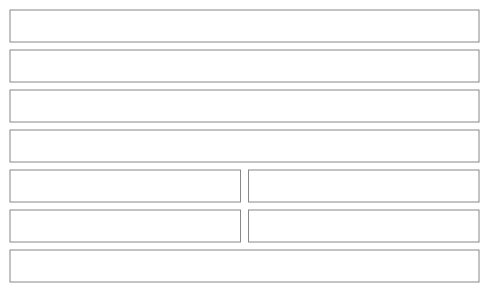
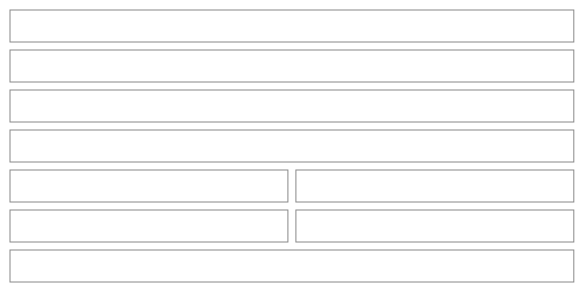
One commit to NovaMoonX/moondreams-dev-apps changed the sixth of 54 diagrams in src/apps/pinch/UX.md. Above: the diagram before and after it, drawn with Mermaid. The commit also changed other lines of this file, not shown here.

````diff
--- a/src/apps/pinch/UX.md
+++ b/src/apps/pinch/UX.md
@@ -261,23 +261,23 @@
 ```mermaid
 %%{init: {'theme': 'base', 'themeVariables': {'primaryColor': 'transparent', 'primaryBorderColor': '#888888', 'primaryTextColor': '#333333', 'lineColor': '#888888'}}}%%
 block-beta
   columns 2
   C1["‹   Oct 15 – 21   ›   Month [ Week ]"]:2
   C2["Next 7 days · 20 meals              $5.05 so far ⚠ ›"]:2
-  C3["Earlier this week · 3 meals   ⌄"]:2
+  C3["Earlier, Oct 11–14 · 3 meals   ⌄"]:2
   C4["( Today ) ›            +"]:2
   C5["🍳 Banana · Breakfast"]:1
   C6["No price yet"]:1
-  C7["🍝 Adobo chicken +1 · Dinner"]:1
+  C7["🍝 Adobo chicken & 1 more · Dinner"]:1
   C8["$0.15+"]:1
   C9["Tomorrow ›             +"]:2
   style C1 fill:transparent,stroke:#888888,stroke-width:1px;
   style C2 fill:transparent,stroke:#888888,stroke-width:1px;
   style C3 fill:transparent,stroke:#888888,stroke-width:1px;
   style C4 fill:transparent,stroke:#888888,stroke-width:1px;
   style C5 fill:transparent,stroke:#888888,stroke-width:1px;
   style C6 fill:transparent,stroke:#888888,stroke-width:1px;
   style C7 fill:transparent,stroke:#888888,stroke-width:1px;
   style C8 fill:transparent,stroke:#888888,stroke-width:1px;
   style C9 fill:transparent,stroke:#888888,stroke-width:1px;
 ```
````
